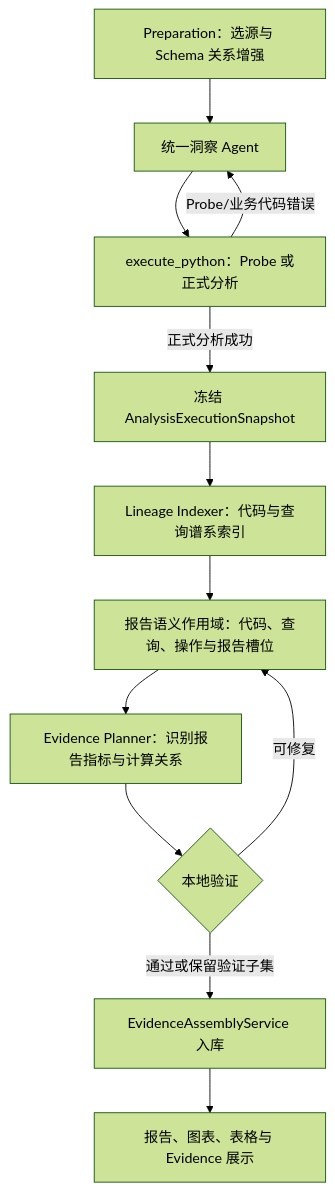
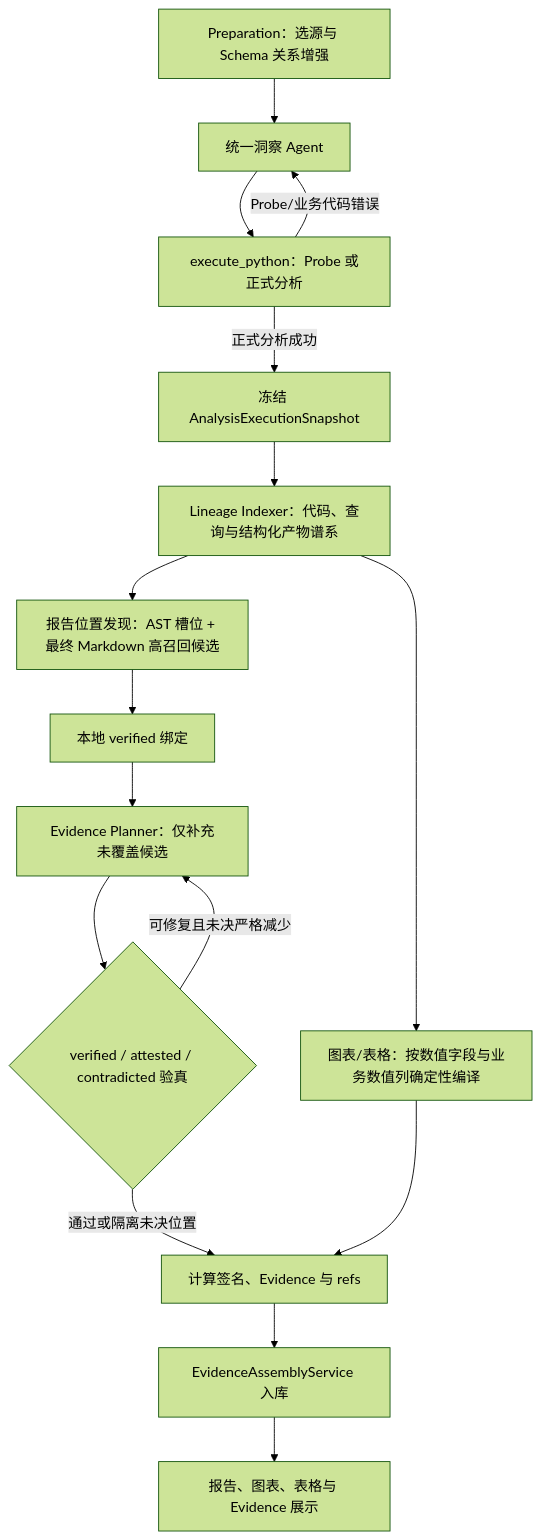
Before and after one commit to wszlesile/DataInsight: the diagram in docs/post-analysis-evidence-architecture.md, drawn with Mermaid (forest theme). The commit also changed other lines of this file and 3 other files, not shown here.

````diff
--- a/docs/post-analysis-evidence-architecture.md
+++ b/docs/post-analysis-evidence-architecture.md
@@ -92,14 +97,18 @@
 ```mermaid
 flowchart TD
     A["Preparation：选源与 Schema 关系增强"] --> B["统一洞察 Agent"]
     B --> C["execute_python：Probe 或正式分析"]
     C -- "Probe/业务代码错误" --> B
     C -- "正式分析成功" --> D["冻结 AnalysisExecutionSnapshot"]
-    D --> E["Lineage Indexer：代码与查询谱系索引"]
-    E --> F["报告语义作用域：代码、查询、操作与报告槽位"]
-    F --> G["Evidence Planner：识别报告指标与计算关系"]
-    G --> H{"本地验证"}
-    H -- "可修复" --> F
-    H -- "通过或保留验证子集" --> I["EvidenceAssemblyService 入库"]
-    I --> J["报告、图表、表格与 Evidence 展示"]
+    D --> E["Lineage Indexer：代码、查询与结构化产物谱系"]
+    E --> S["图表/表格：按数值字段与业务数值列确定性编译"]
+    E --> F["报告位置发现：AST 槽位 + 最终 Markdown 高召回候选"]
+    F --> G["本地 verified 绑定"]
+    G --> H["Evidence Planner：仅补充未覆盖候选"]
+    H --> I{"verified / attested / contradicted 验真"}
+    I -- "可修复且未决严格减少" --> H
+    I -- "通过或隔离未决位置" --> J["计算签名、Evidence 与 refs"]
+    S --> J
+    J --> K["EvidenceAssemblyService 入库"]
+    K --> L["报告、图表、表格与 Evidence 展示"]
 ```
````
